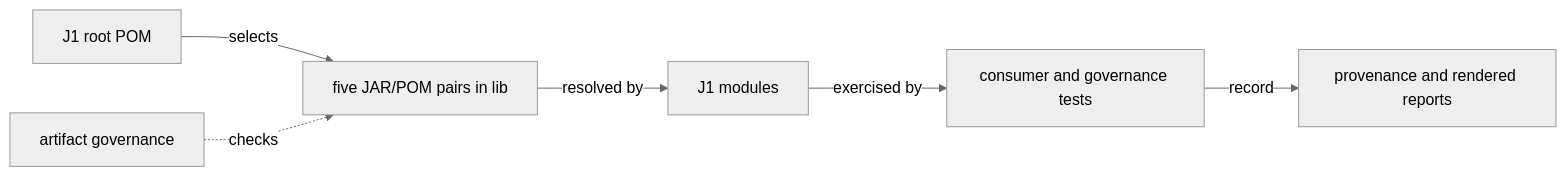
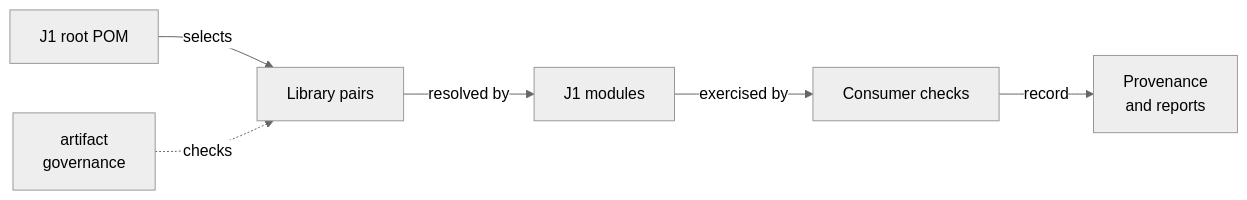
The diagram in atf-tests/src/test/java/atf/api/tests/governance/distribution/README.md (crististefanita/atf_j1), drawn with Mermaid (neutral theme) before and after one commit. The commit also changed 17 other files, not shown here.

```diff
--- a/atf-tests/src/test/java/atf/api/tests/governance/distribution/README.md
+++ b/atf-tests/src/test/java/atf/api/tests/governance/distribution/README.md
@@ -33,8 +33,8 @@
 ~~~mermaid
 flowchart LR
-    POM["J1 root POM"] -->|selects| Pair["five JAR/POM pairs in lib"]
+    POM["J1 root POM"] -->|selects| Pair["Library pairs"]
     Pair -->|resolved by| Reactor["J1 modules"]
-    Reactor -->|exercised by| Tests["consumer and governance tests"]
-    Tests -->|record| Evidence["provenance and rendered reports"]
-    Guard["artifact governance"] -. checks .-> Pair
+    Reactor -->|exercised by| Tests["Consumer checks"]
+    Tests -->|record| Evidence["Provenance<br/>and reports"]
+    Guard["artifact<br/>governance"] -. checks .-> Pair
 ~~~
```
